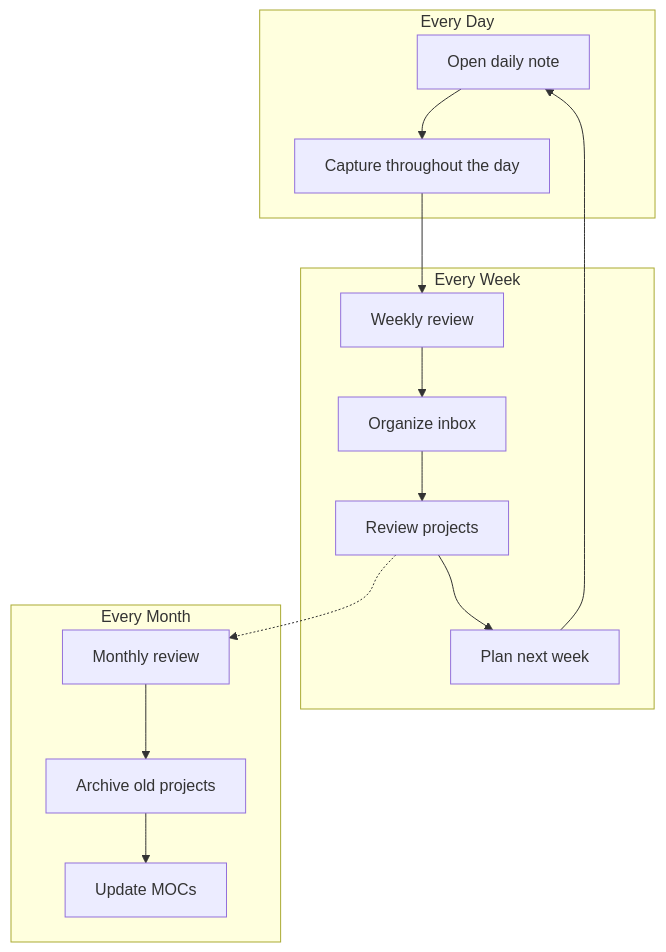
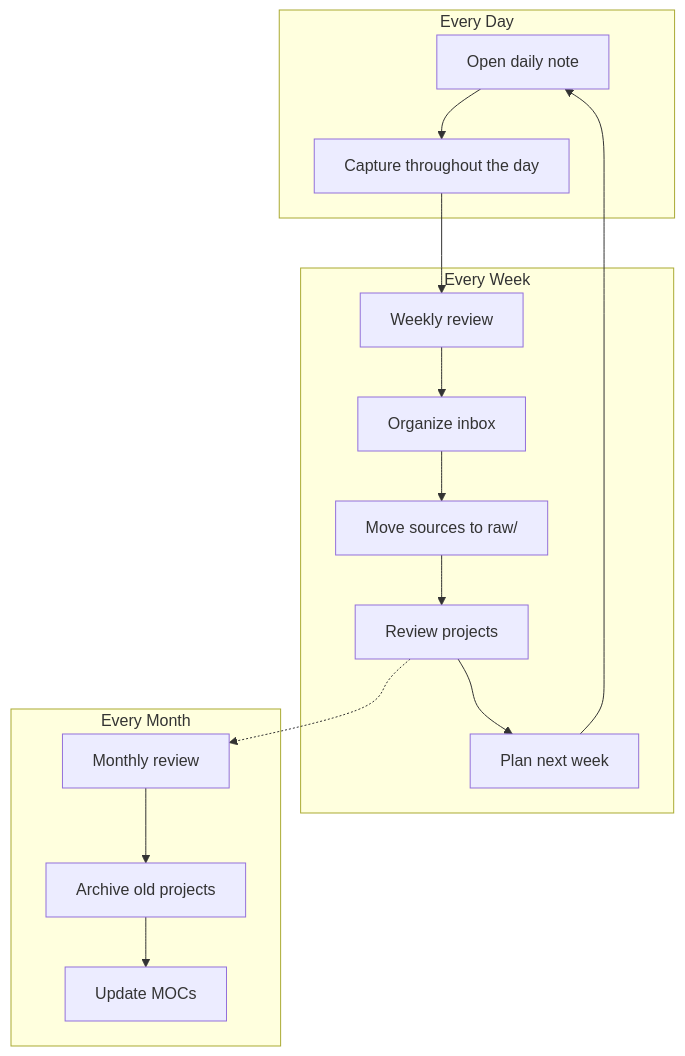
Before and after one commit to VanessaPellegrini/second-brain-ecosystem: the third of 3 diagrams in second-brain/guides/en/06-workflow.md, drawn with Mermaid. The commit also changed other lines of this file and 17 other files, not shown here.

````diff
--- a/second-brain/guides/en/06-workflow.md
+++ b/second-brain/guides/en/06-workflow.md
@@ -125,24 +128,25 @@
 ```mermaid
 flowchart TD
     subgraph Daily[Every Day]
         DN[Open daily note]
         CAP[Capture throughout the day]
     end
     subgraph Weekly[Every Week]
         WR[Weekly review]
         ORG[Organize inbox]
+        RAW[Move sources to raw/]
         REV[Review projects]
         PLAN[Plan next week]
     end
     subgraph Monthly[Every Month]
         MR[Monthly review]
         ARCH[Archive old projects]
         MOC[Update MOCs]
     end
     DN --> CAP
     CAP --> WR
-    WR --> ORG --> REV --> PLAN
+    WR --> ORG --> RAW --> REV --> PLAN
     PLAN --> DN
     REV -.-> MR
     MR --> ARCH --> MOC
 ```
````
